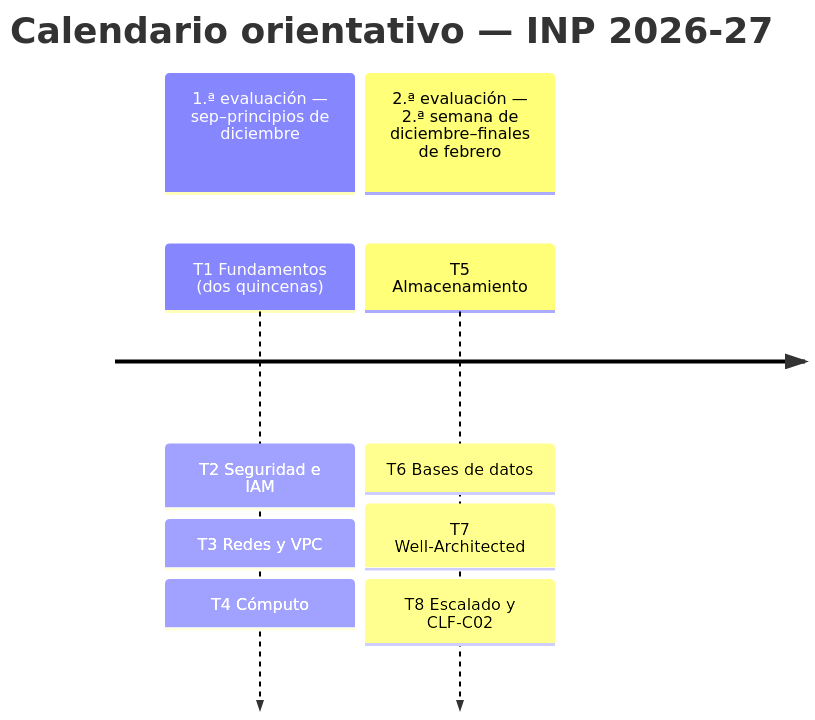
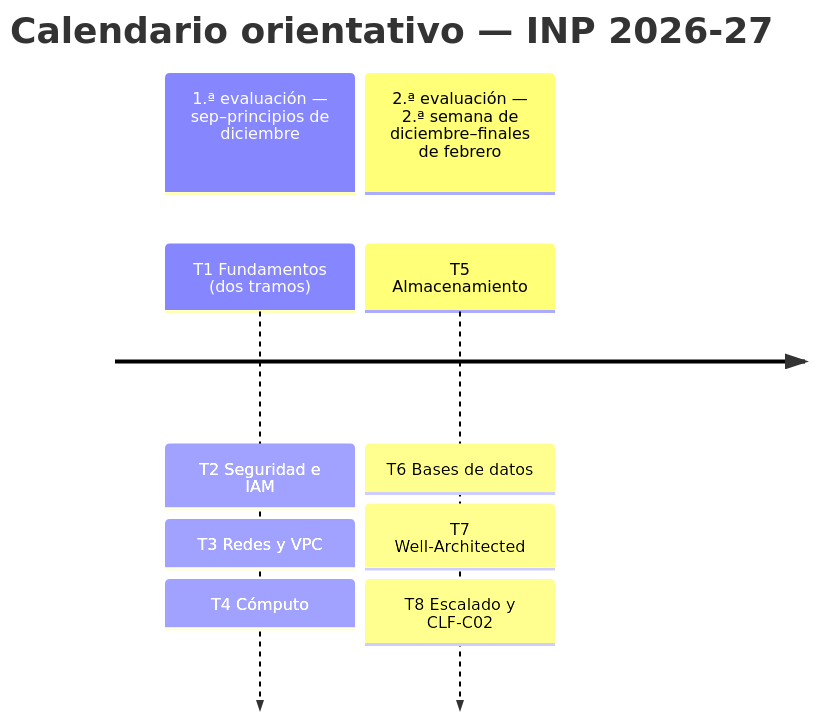
The first of 2 diagrams in docs/index.md (fjavier-hernandez/cloud), drawn with Mermaid before and after one commit. The commit also changed other lines of this file and 23 other files, not shown here.

````diff
--- a/docs/index.md
+++ b/docs/index.md
@@ -73,8 +74,8 @@
 ``` mermaid
 timeline
     title Calendario orientativo — INP 2026-27
     section 1.ª evaluación — sep–principios de diciembre
-        T1 Fundamentos (dos quincenas) : T2 Seguridad e IAM : T3 Redes y VPC : T4 Cómputo
+        T1 Fundamentos (dos tramos) : T2 Seguridad e IAM : T3 Redes y VPC : T4 Cómputo
     section 2.ª evaluación — 2.ª semana de diciembre–finales de febrero
         T5 Almacenamiento : T6 Bases de datos : T7 Well-Architected : T8 Escalado y CLF-C02
 ```
````
